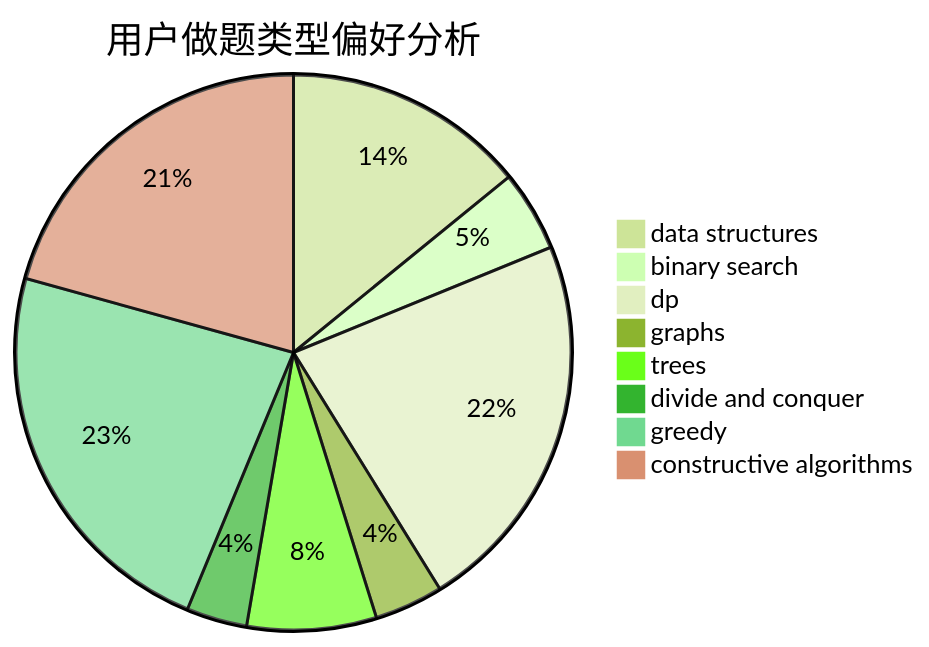
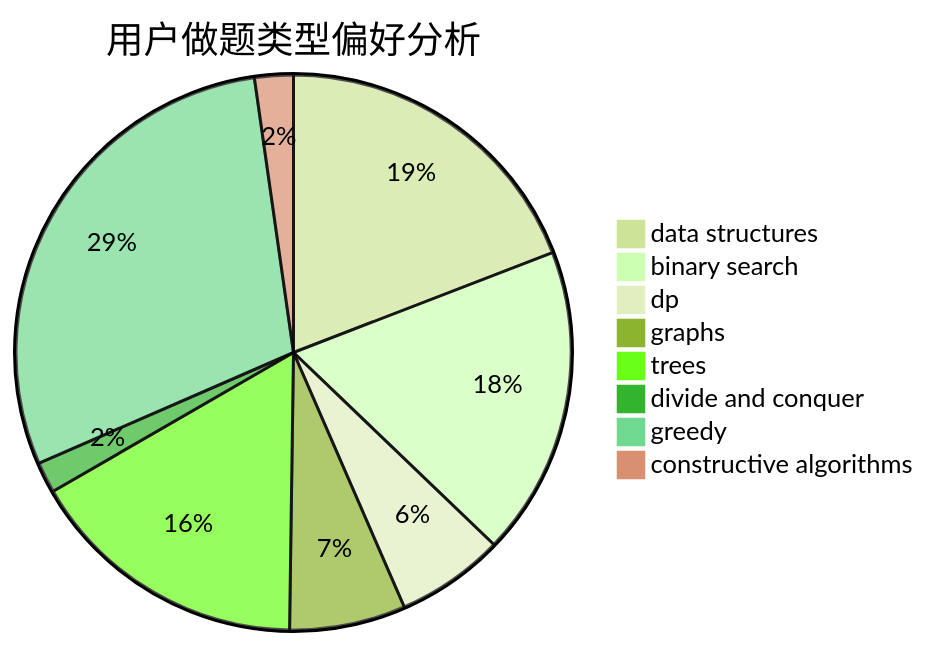
The second of 3 diagrams in docs/user/u1354.md (sherpahu/cfrs.github.io), drawn with Mermaid (forest theme) before and after one commit. The commit also changed other lines of this file and 2770 other files, not shown here.

````diff
--- a/docs/user/u1354.md
+++ b/docs/user/u1354.md
@@ -23,11 +23,11 @@
 ```mermaid
 pie title 用户做题类型偏好分析
-    "data structures" :  60
-    "binary search" :  20
-    "dp" :  95
-    "graphs" :  17
-    "trees" :  32
-    "divide and conquer" :  15
-    "greedy" :  98
-    "constructive algorithms" :  88
+    "data structures" :  85
+    "binary search" :  80
+    "dp" :  28
+    "graphs" :  30
+    "trees" :  73
+    "divide and conquer" :  8
+    "greedy" :  130
+    "constructive algorithms" :  10
 ```
````
